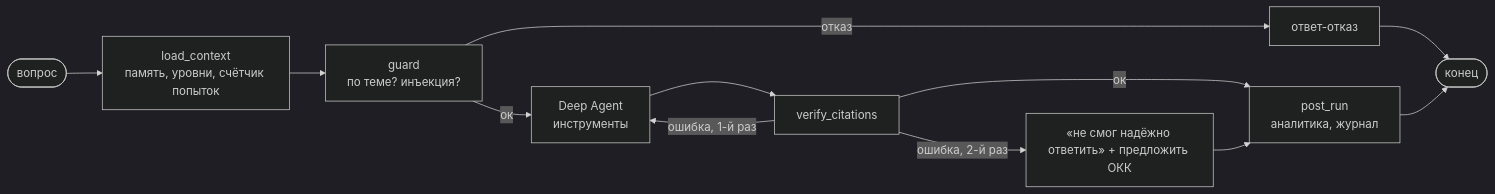
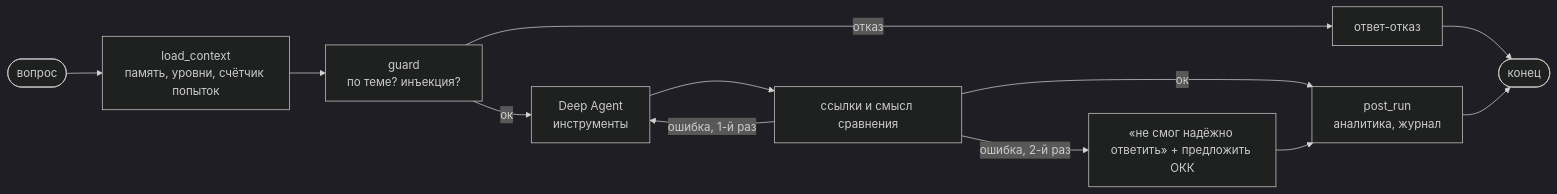
The diagram in dev_docs/04-backend-agent.md (Long-Honey-Road/document-searching), drawn with Mermaid (dark theme) before and after one commit. The commit also changed other lines of this file and 41 other files, not shown here.

````diff
--- a/dev_docs/04-backend-agent.md
+++ b/dev_docs/04-backend-agent.md
@@ -17,12 +17,12 @@
 ```mermaid
 flowchart LR
   start([вопрос]) --> load[load_context<br/>память, уровни, счётчик попыток]
   load --> guard[guard<br/>по теме? инъекция?]
   guard -- отказ --> refuse[ответ-отказ] --> done([конец])
   guard -- ок --> deep[Deep Agent<br/>инструменты]
-  deep --> verify[verify_citations]
+  deep --> verify[ссылки и смысл сравнения]
   verify -- ок --> post[post_run<br/>аналитика, журнал]
   verify -- ошибка, 1-й раз --> deep
   verify -- ошибка, 2-й раз --> fallback[«не смог надёжно ответить» + предложить ОКК] --> post
   post --> done
 ```
````
